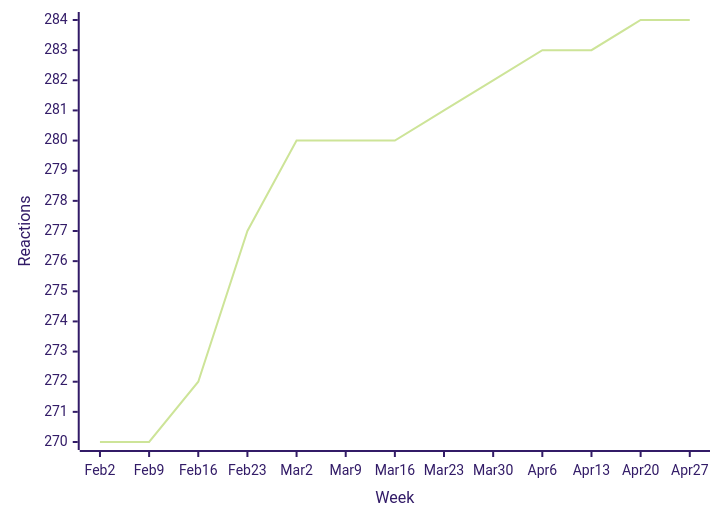
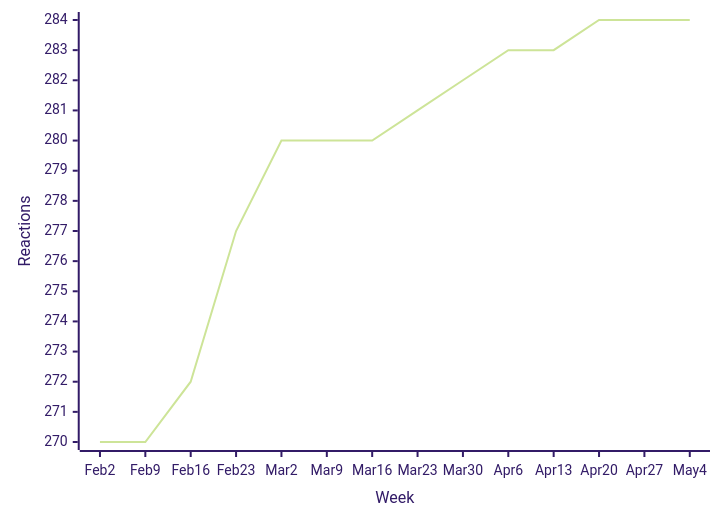
Before and after one commit to loic-sharma/github-insights: diagram 12 of 56 in README.md, drawn with Mermaid (forest theme). The commit also changed other lines of this file and 3 other files, not shown here.

````diff
--- a/README.md
+++ b/README.md
@@ -526,6 +526,6 @@
   ```mermaid
   xychart-beta
-    x-axis "Week" [Feb 2, Feb 9, Feb 16, Feb 23, Mar 2, Mar 9, Mar 16, Mar 23, Mar 30, Apr 6, Apr 13, Apr 20, Apr 27]
+    x-axis "Week" [Feb 2, Feb 9, Feb 16, Feb 23, Mar 2, Mar 9, Mar 16, Mar 23, Mar 30, Apr 6, Apr 13, Apr 20, Apr 27, May 4]
     y-axis "Reactions"
-    line [270, 270, 272, 277, 280, 280, 280, 281, 282, 283, 283, 284, 284]
+    line [270, 270, 272, 277, 280, 280, 280, 281, 282, 283, 283, 284, 284, 284]
   ```
````
